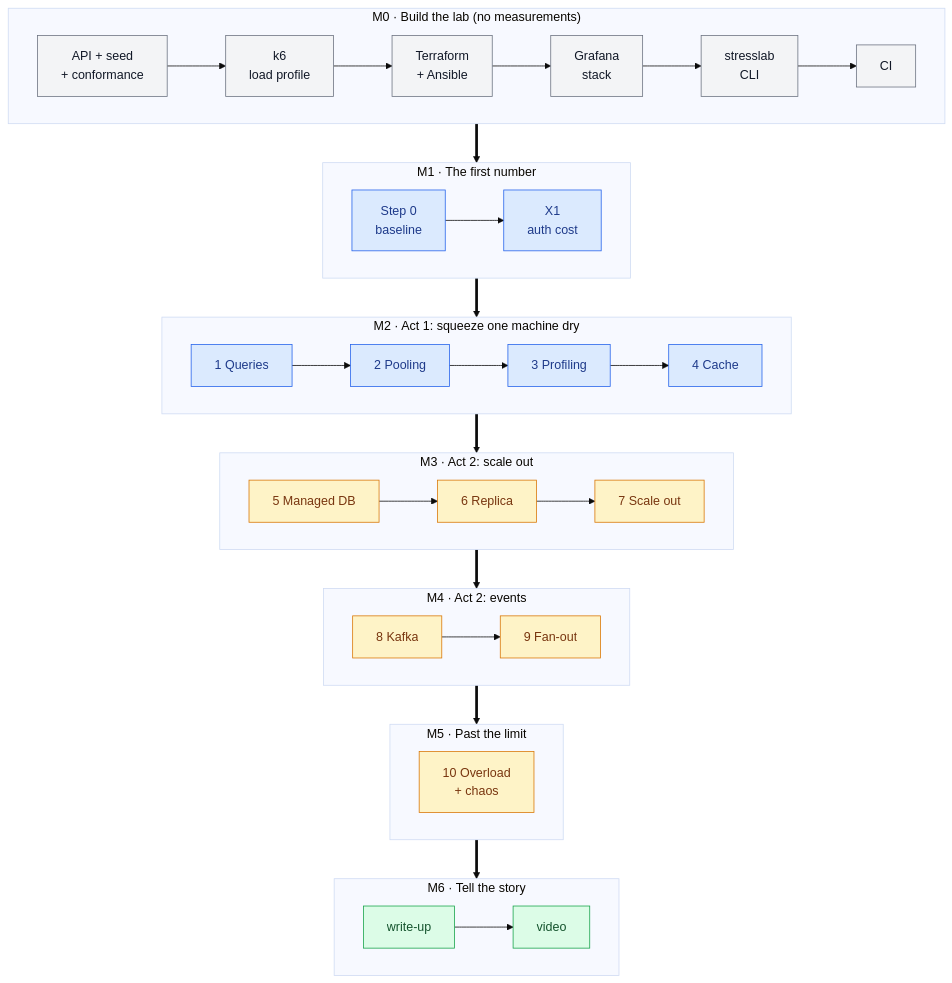
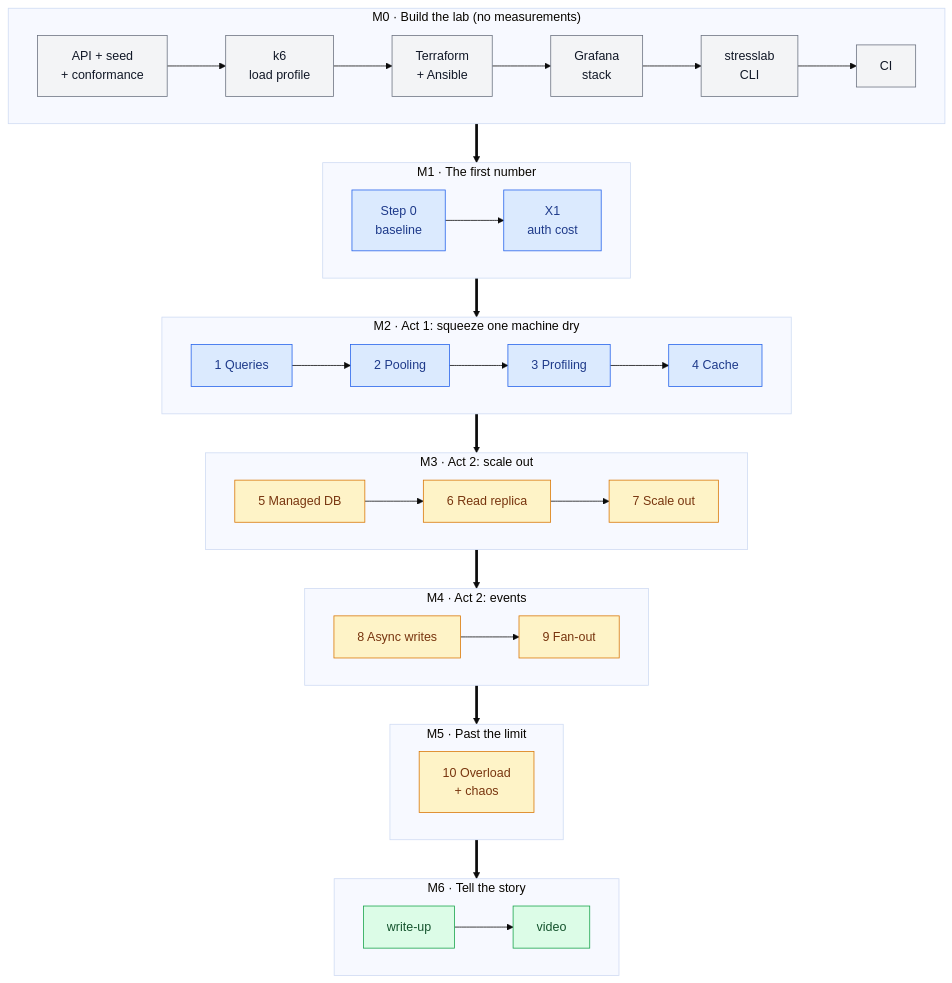
The first of 2 diagrams in docs/ROADMAP.md (adssib/StressLab), drawn with Mermaid (base theme) before and after one commit. The commit also changed 2 other files, not shown here.

Commit message:
readme: how it's measured, step questions, idea labels
Adds four lines on the method (one change per step, the bar with
3 x 5-min confirmations, the overload sweep, invalid runs), the
question each step answers in a collapsible section, and labels the
ladder by idea instead of tool. Trims the stack line to the core.

````diff
--- a/docs/ROADMAP.md
+++ b/docs/ROADMAP.md
@@ -13,41 +13,41 @@
 ```mermaid
 flowchart TB
   subgraph M0["M0 · Build the lab (no measurements)"]
     direction LR
     L1["API + seed<br/>+ conformance"] --> L2["k6<br/>load profile"] --> L3["Terraform<br/>+ Ansible"] --> L4["Grafana<br/>stack"] --> L5["stresslab<br/>CLI"] --> L6["CI"]
   end
   subgraph M1["M1 · The first number"]
     direction LR
     S0["Step 0<br/>baseline"] --> X1["X1<br/>auth cost"]
   end
   subgraph M2["M2 · Act 1: squeeze one machine dry"]
     direction LR
     S1["1 Queries"] --> S2["2 Pooling"] --> S3["3 Profiling"] --> S4["4 Cache"]
   end
   subgraph M3["M3 · Act 2: scale out"]
     direction LR
-    S5["5 Managed DB"] --> S6["6 Replica"] --> S7["7 Scale out"]
+    S5["5 Managed DB"] --> S6["6 Read replica"] --> S7["7 Scale out"]
   end
   subgraph M4["M4 · Act 2: events"]
     direction LR
-    S8["8 Kafka"] --> S9["9 Fan-out"]
+    S8["8 Async writes"] --> S9["9 Fan-out"]
   end
   subgraph M5["M5 · Past the limit"]
     direction LR
     S10["10 Overload<br/>+ chaos"]
   end
   subgraph M6["M6 · Tell the story"]
     direction LR
     W["write-up"] --> V["video"]
   end
   M0 ==> M1 ==> M2 ==> M3 ==> M4 ==> M5 ==> M6
 
   classDef build fill:#f3f4f6,stroke:#6b7280,color:#111827
   classDef act1 fill:#dbeafe,stroke:#2563eb,color:#1e3a8a
   classDef act2 fill:#fef3c7,stroke:#d97706,color:#78350f
   classDef story fill:#dcfce7,stroke:#16a34a,color:#14532d
   class L1,L2,L3,L4,L5,L6 build
   class S0,X1,S1,S2,S3,S4 act1
   class S5,S6,S7,S8,S9,S10 act2
   class W,V story
 ```
````
